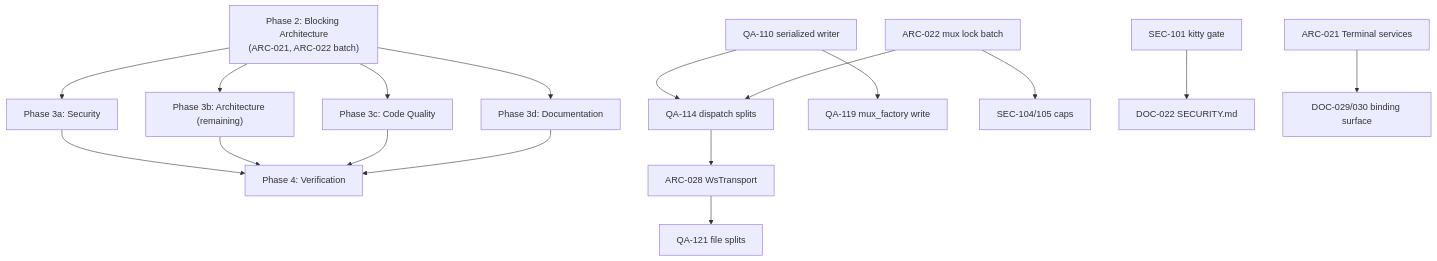
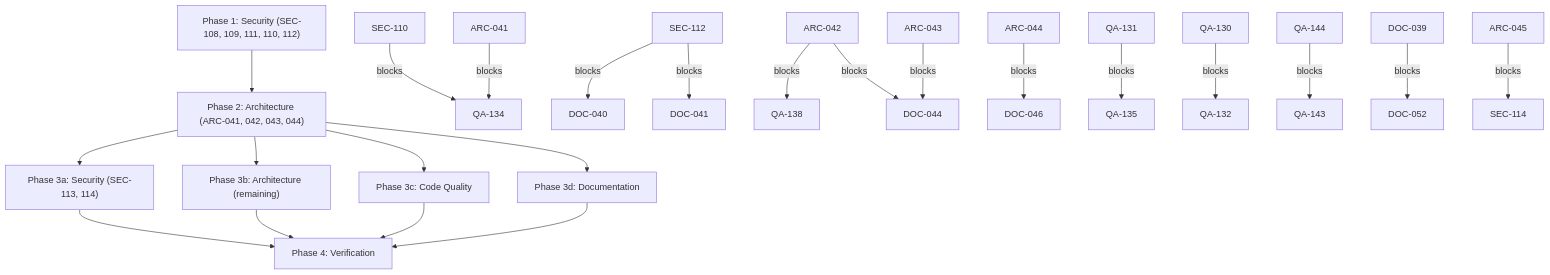
The diagram in AUDIT.md (paulrobello/par-term-emu-core-rust), drawn with Mermaid before and after one commit. The commit also changed other lines of this file and 7 other files, not shown here.

````diff
--- a/AUDIT.md
+++ b/AUDIT.md
@@ -490,21 +574,28 @@
 ```mermaid
 graph TD
-    P2["Phase 2: Blocking Architecture<br/>(ARC-021, ARC-022 batch)"]
-    P3a["Phase 3a: Security"]
+    P1["Phase 1: Security (SEC-108, 109, 111, 110, 112)"]
+    P2["Phase 2: Architecture (ARC-041, 042, 043, 044)"]
+    P3a["Phase 3a: Security (SEC-113, 114)"]
     P3b["Phase 3b: Architecture (remaining)"]
     P3c["Phase 3c: Code Quality"]
     P3d["Phase 3d: Documentation"]
     P4["Phase 4: Verification"]
 
-    QA110["QA-110 serialized writer"] --> QA114["QA-114 dispatch splits"]
-    QA110 --> QA119["QA-119 mux_factory write"]
-    QA114 --> ARC028["ARC-028 WsTransport"]
-    ARC028 --> QA121["QA-121 file splits"]
-    ARC022["ARC-022 mux lock batch"] --> QA114
-    ARC022 --> SEC104["SEC-104/105 caps"]
-    SEC101["SEC-101 kitty gate"] --> DOC022["DOC-022 SECURITY.md"]
-    ARC021["ARC-021 Terminal services"] --> DOC029["DOC-029/030 binding surface"]
-
+    P1 --> P2
     P2 --> P3a & P3b & P3c & P3d
     P3a & P3b & P3c & P3d --> P4
+
+    SEC110["SEC-110"] -->|blocks| QA134["QA-134"]
+    ARC041["ARC-041"] -->|blocks| QA134
+    SEC112["SEC-112"] -->|blocks| DOC040["DOC-040"]
+    SEC112 -->|blocks| DOC041["DOC-041"]
+    ARC042["ARC-042"] -->|blocks| QA138["QA-138"]
+    ARC042 -->|blocks| DOC044["DOC-044"]
+    ARC043["ARC-043"] -->|blocks| DOC044
+    ARC044["ARC-044"] -->|blocks| DOC046["DOC-046"]
+    QA131["QA-131"] -->|blocks| QA135["QA-135"]
+    QA130["QA-130"] -->|blocks| QA132["QA-132"]
+    QA144["QA-144"] -->|blocks| QA143["QA-143"]
+    DOC039["DOC-039"] -->|blocks| DOC052["DOC-052"]
+    ARC045["ARC-045"] -->|blocks| SEC114["SEC-114"]
 ```
````
